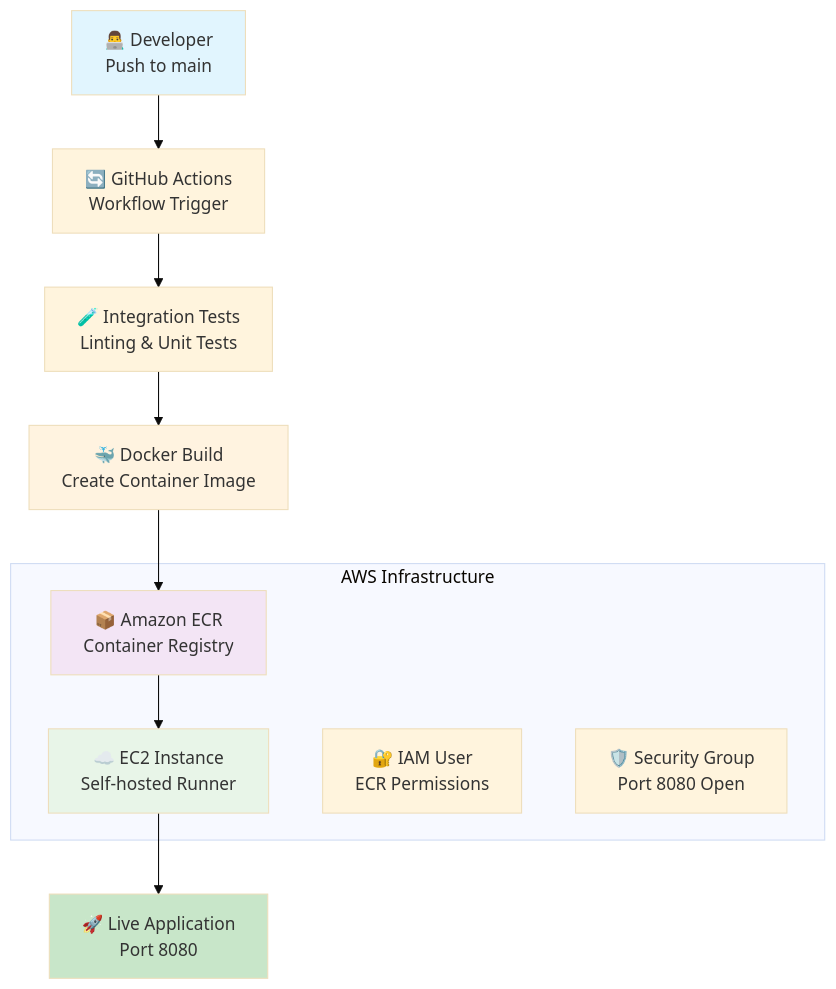
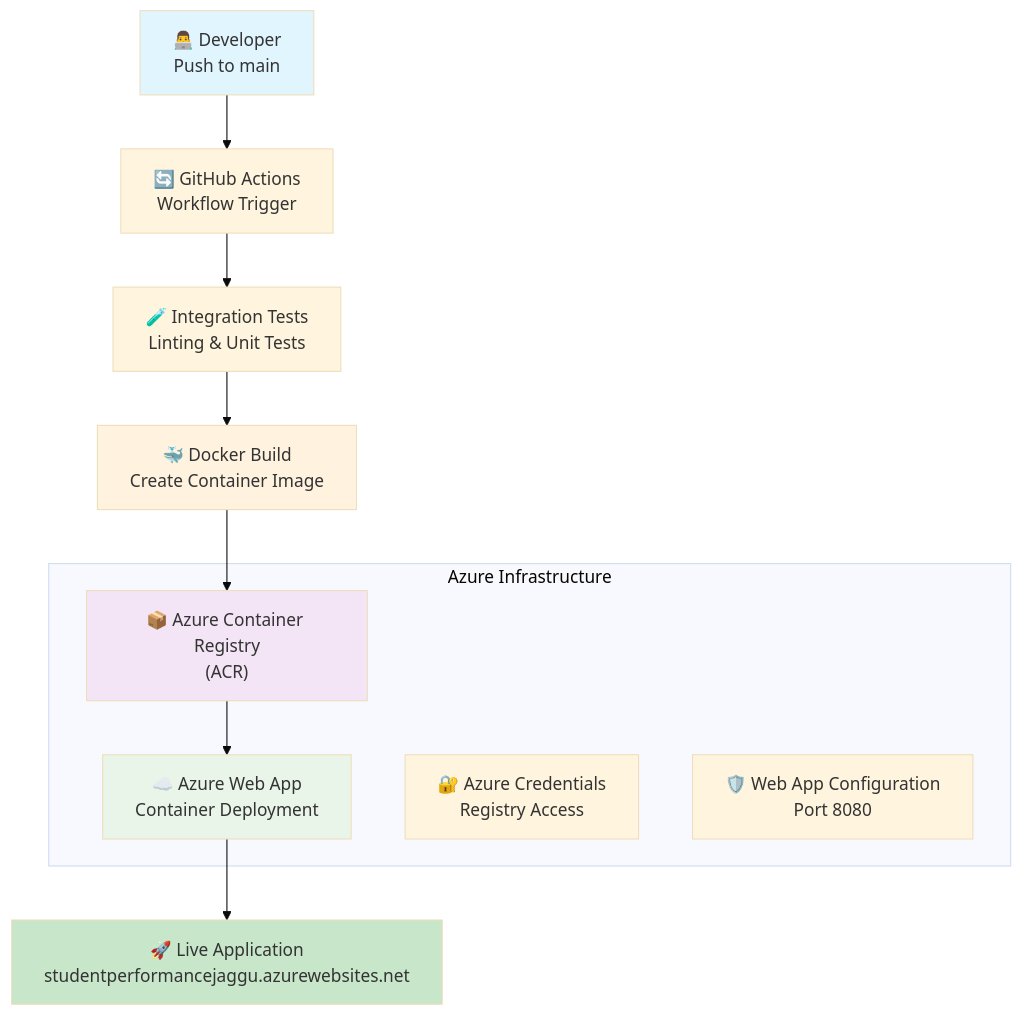
One commit to jagadeshchilla/student_performance_AZURE changed the first of 6 diagrams in README.md. Above: the diagram before and after it, drawn with Mermaid (base theme). The commit also changed other lines of this file and 3 other files, not shown here.

````diff
--- a/README.md
+++ b/README.md
@@ -29,22 +29,22 @@
 ```mermaid
 graph TB
     A["👨‍💻 Developer<br/>Push to main"] --> B["🔄 GitHub Actions<br/>Workflow Trigger"]
     B --> C["🧪 Integration Tests<br/>Linting & Unit Tests"]
     C --> D["🐳 Docker Build<br/>Create Container Image"]
-    D --> E["📦 Amazon ECR<br/>Container Registry"]
-    E --> F["☁️ EC2 Instance<br/>Self-hosted Runner"]
-    F --> G["🚀 Live Application<br/>Port 8080"]
+    D --> E["📦 Azure Container Registry<br/>(ACR)"]
+    E --> F["☁️ Azure Web App<br/>Container Deployment"]
+    F --> G["🚀 Live Application<br/>studentperformancejaggu.azurewebsites.net"]
     
-    subgraph "AWS Infrastructure"
+    subgraph "Azure Infrastructure"
         E
         F
-        H["🔐 IAM User<br/>ECR Permissions"]
-        I["🛡️ Security Group<br/>Port 8080 Open"]
+        H["🔐 Azure Credentials<br/>Registry Access"]
+        I["🛡️ Web App Configuration<br/>Port 8080"]
     end
     
     style A fill:#e1f5fe
     style D fill:#fff3e0
     style E fill:#f3e5f5
     style F fill:#e8f5e8
     style G fill:#c8e6c9
 ```
````
